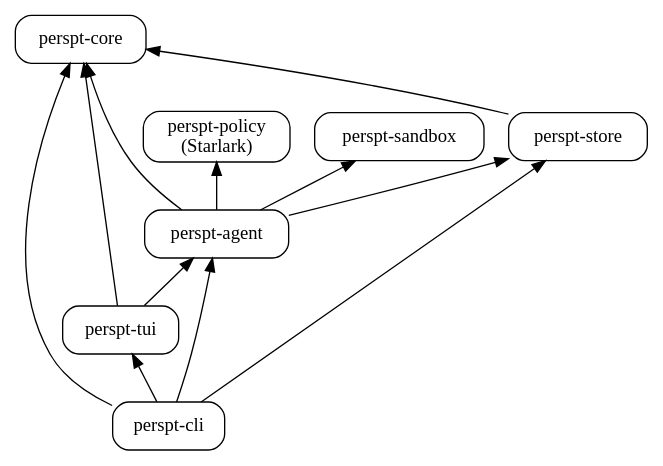
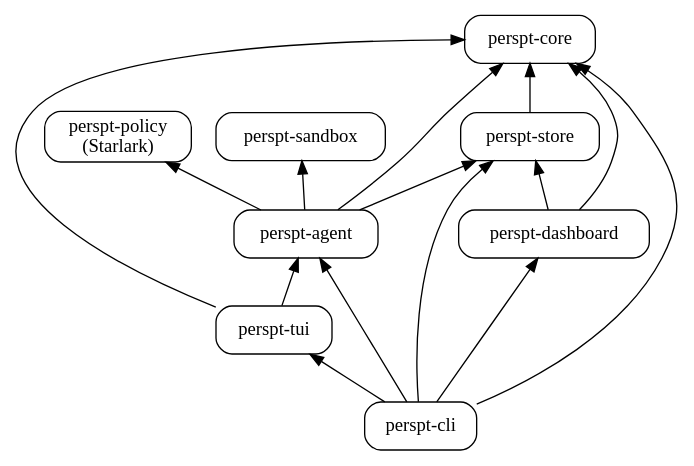
The diagram in docs/perspt_book/source/developer-guide/architecture.rst (eonseed/perspt), drawn with Graphviz before and after one commit. The commit also changed other lines of this file and 16 other files, not shown here.

```diff
--- a/docs/perspt_book/source/developer-guide/architecture.rst
+++ b/docs/perspt_book/source/developer-guide/architecture.rst
@@ -30,20 +31,23 @@
 .. graphviz::
    :align: center
 
    digraph crates {
        rankdir=BT;
        node [shape=box, style=rounded];
        "perspt-cli" -> "perspt-core";
        "perspt-cli" -> "perspt-agent";
        "perspt-cli" -> "perspt-tui";
        "perspt-cli" -> "perspt-store";
        "perspt-agent" -> "perspt-core";
        "perspt-agent" -> "perspt-store";
        "perspt-agent" -> "perspt-policy";
        "perspt-agent" -> "perspt-sandbox";
        "perspt-tui" -> "perspt-core";
        "perspt-tui" -> "perspt-agent";
        "perspt-store" -> "perspt-core";
        "perspt-policy" [label="perspt-policy\n(Starlark)"];
        "perspt-sandbox" [label="perspt-sandbox"];
+       "perspt-dashboard" -> "perspt-store";
+       "perspt-dashboard" -> "perspt-core";
+       "perspt-cli" -> "perspt-dashboard";
    }
```
